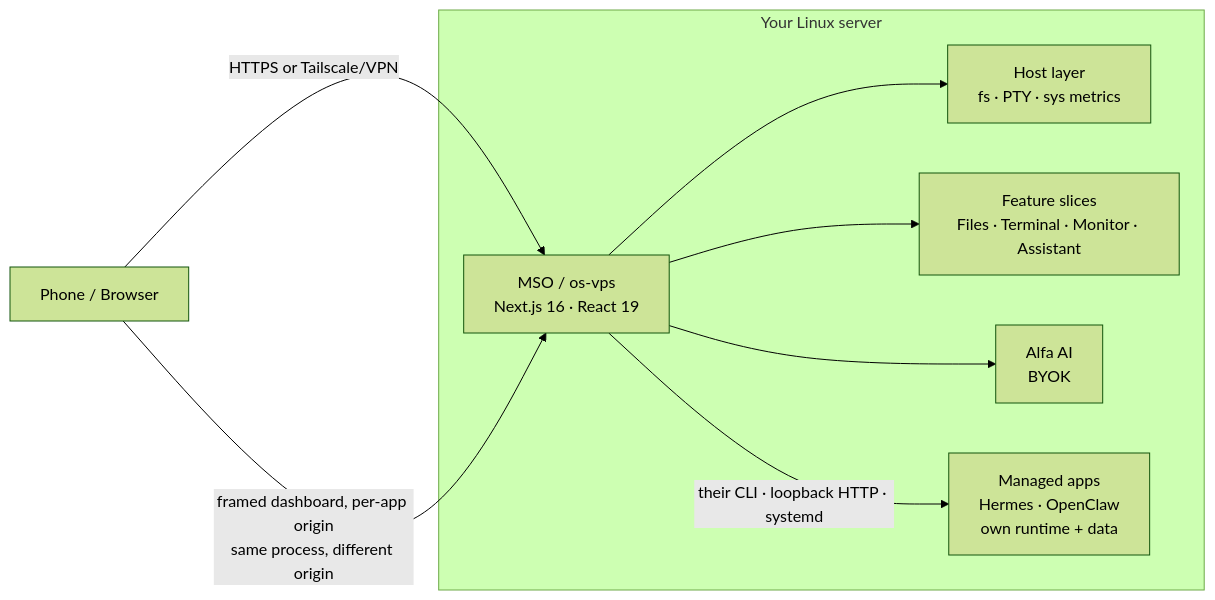
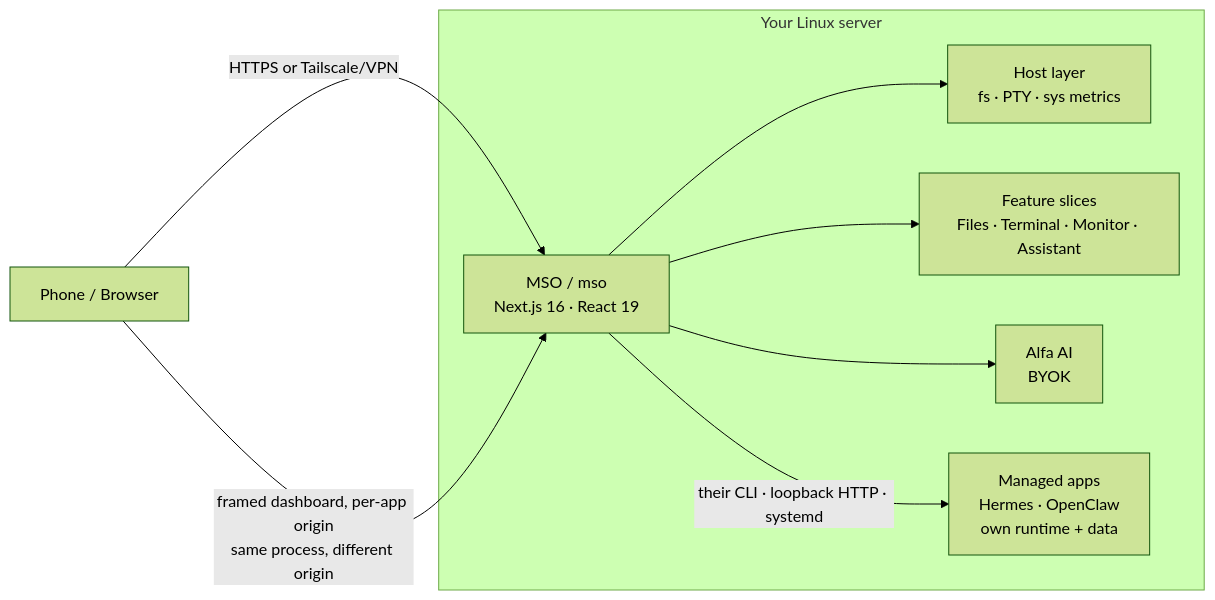
One commit to antinrml/mso changed the diagram in README.md. Above: the diagram before and after it, drawn with Mermaid (forest theme). The commit also changed other lines of this file and 148 other files, not shown here.

First line of the commit message:
refactor: rename os-vps -> mso across code, config and prod wiring

````diff
--- a/README.md
+++ b/README.md
@@ -138,17 +138,17 @@
 ```mermaid
 flowchart LR
   U["Phone / Browser"]
   subgraph VPS["Your Linux server"]
-    APP["MSO / os-vps<br/>Next.js 16 · React 19"]
+    APP["MSO / mso<br/>Next.js 16 · React 19"]
     HOST["Host layer<br/>fs · PTY · sys metrics"]
     SLICES["Feature slices<br/>Files · Terminal · Monitor · Assistant"]
     AI["Alfa AI<br/>BYOK"]
     MANAGED["Managed apps<br/>Hermes · OpenClaw<br/>own runtime + data"]
   end
   U -->|"HTTPS or Tailscale/VPN"| APP
   U -->|"framed dashboard, per-app origin<br/>same process, different origin"| APP
   APP --> HOST
   APP --> SLICES
   APP --> AI
   APP -->|"their CLI · loopback HTTP · systemd"| MANAGED
 ```
````
